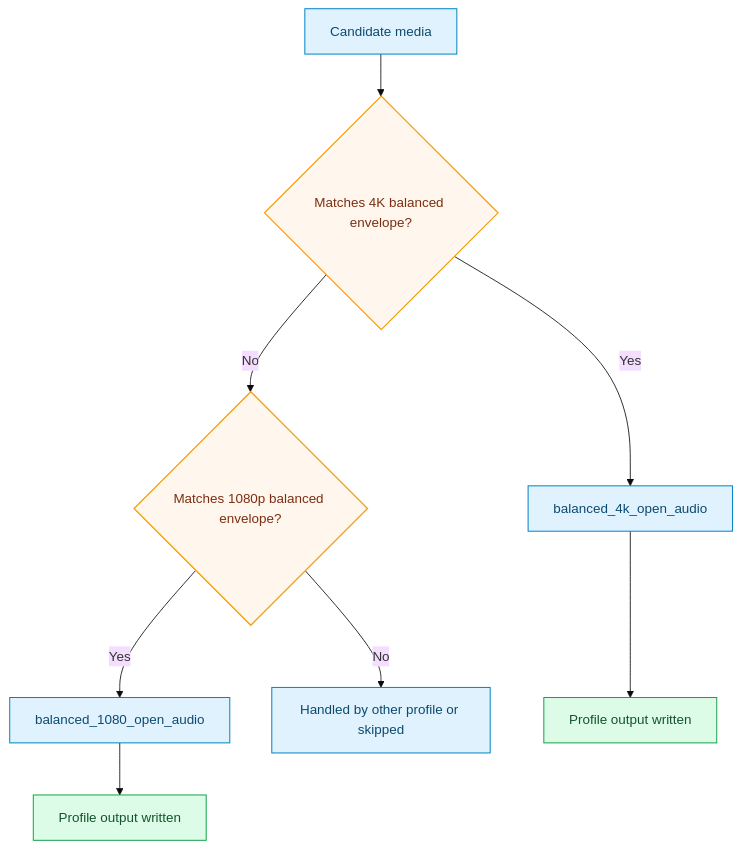
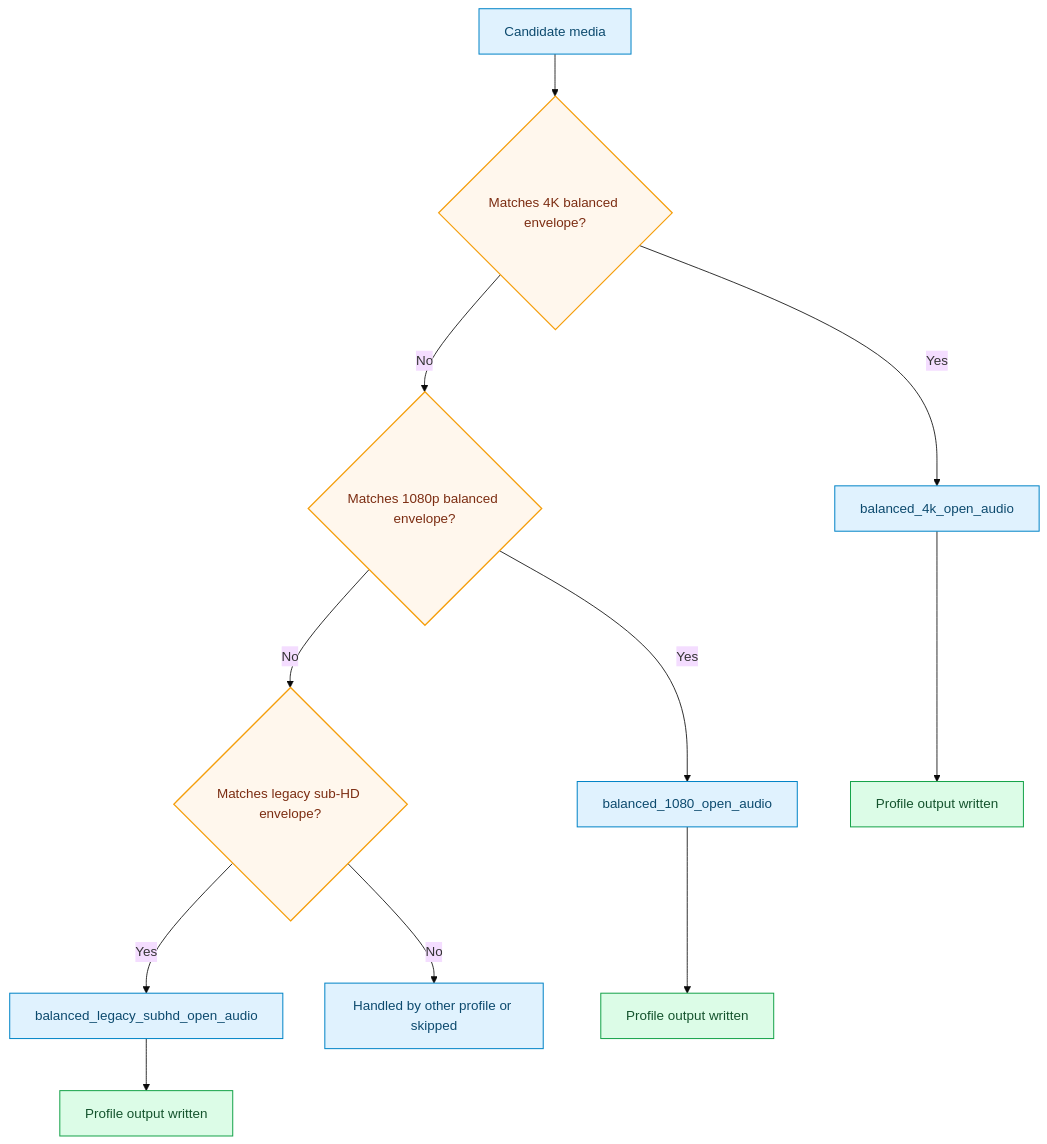
The diagram in platform/docs-site/docs/profiles/packs/balanced-open-audio.md (CraigWatt/vfo), drawn with Mermaid (base theme) before and after one commit. The commit also changed other lines of this file and 49 other files, not shown here.

````diff
--- a/platform/docs-site/docs/profiles/packs/balanced-open-audio.md
+++ b/platform/docs-site/docs/profiles/packs/balanced-open-audio.md
@@ -24,14 +26,17 @@
 ```mermaid
 flowchart TD
   classDef stage fill:#e0f2fe,stroke:#0284c7,color:#0c4a6e,stroke-width:1.2px;
   classDef gate fill:#fff7ed,stroke:#f59e0b,color:#7c2d12,stroke-width:1.5px;
   classDef output fill:#dcfce7,stroke:#16a34a,color:#14532d,stroke-width:1.2px;
 
   A[Candidate media]:::stage --> B{Matches 4K balanced envelope?}:::gate
   B -->|Yes| C[balanced_4k_open_audio]:::stage
   B -->|No| D{Matches 1080p balanced envelope?}:::gate
   D -->|Yes| E[balanced_1080_open_audio]:::stage
-  D -->|No| F[Handled by other profile or skipped]:::stage
-  C --> G[Profile output written]:::output
-  E --> H[Profile output written]:::output
+  D -->|No| F{Matches legacy sub-HD envelope?}:::gate
+  F -->|Yes| G[balanced_legacy_subhd_open_audio]:::stage
+  F -->|No| H[Handled by other profile or skipped]:::stage
+  C --> I[Profile output written]:::output
+  E --> J[Profile output written]:::output
+  G --> K[Profile output written]:::output
 ```
````
